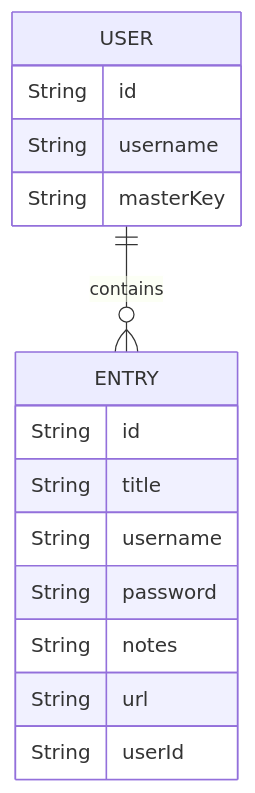
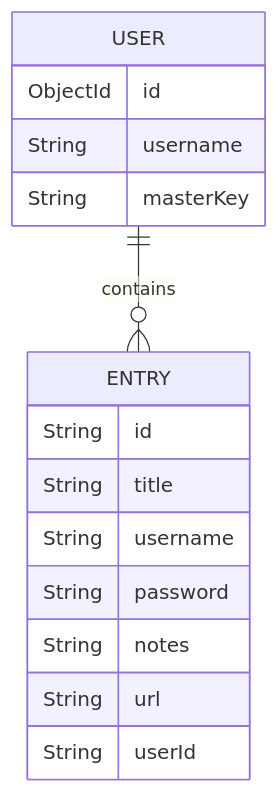
Before and after one commit to NebelNite/Passwortmanager: the eighth of 11 diagrams in ReadMe.md, drawn with Mermaid. The commit also changed other lines of this file and 3 other files, not shown here.

````diff
--- a/ReadMe.md
+++ b/ReadMe.md
@@ -339,22 +344,22 @@
 ```mermaid
 
 erDiagram
     USER {
-        String id
+        ObjectId id
         String username
         String masterKey
     }
     
     ENTRY {
         String id
         String title
         String username
         String password
         String notes
         String url
         String userId
     }
 
     USER ||--o{ ENTRY : contains
 
 ```
````
